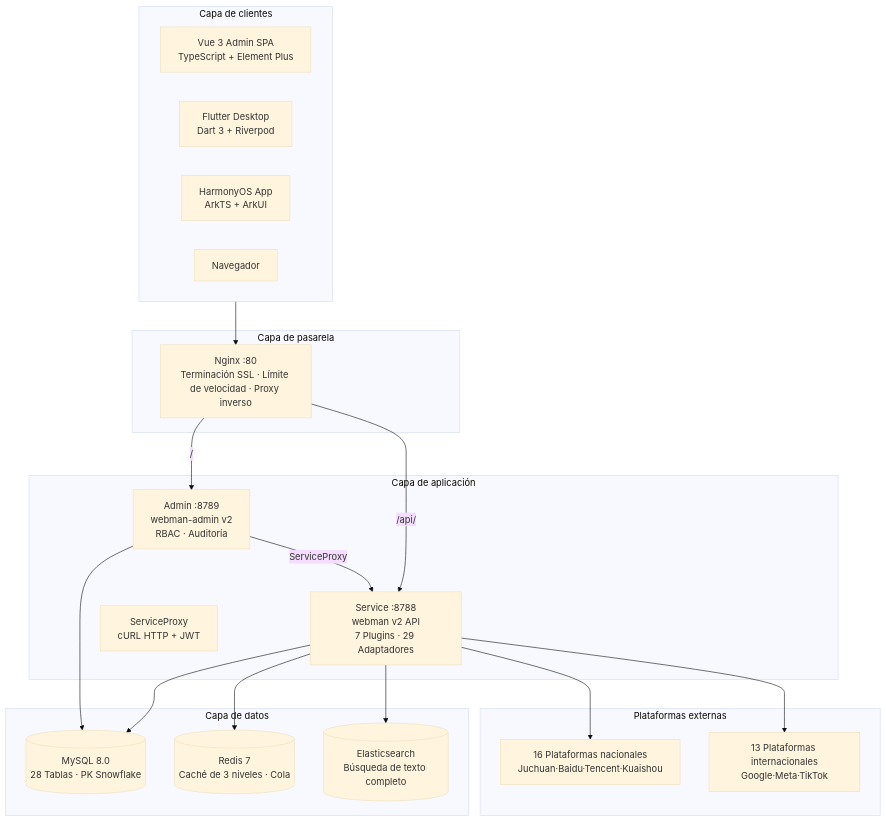
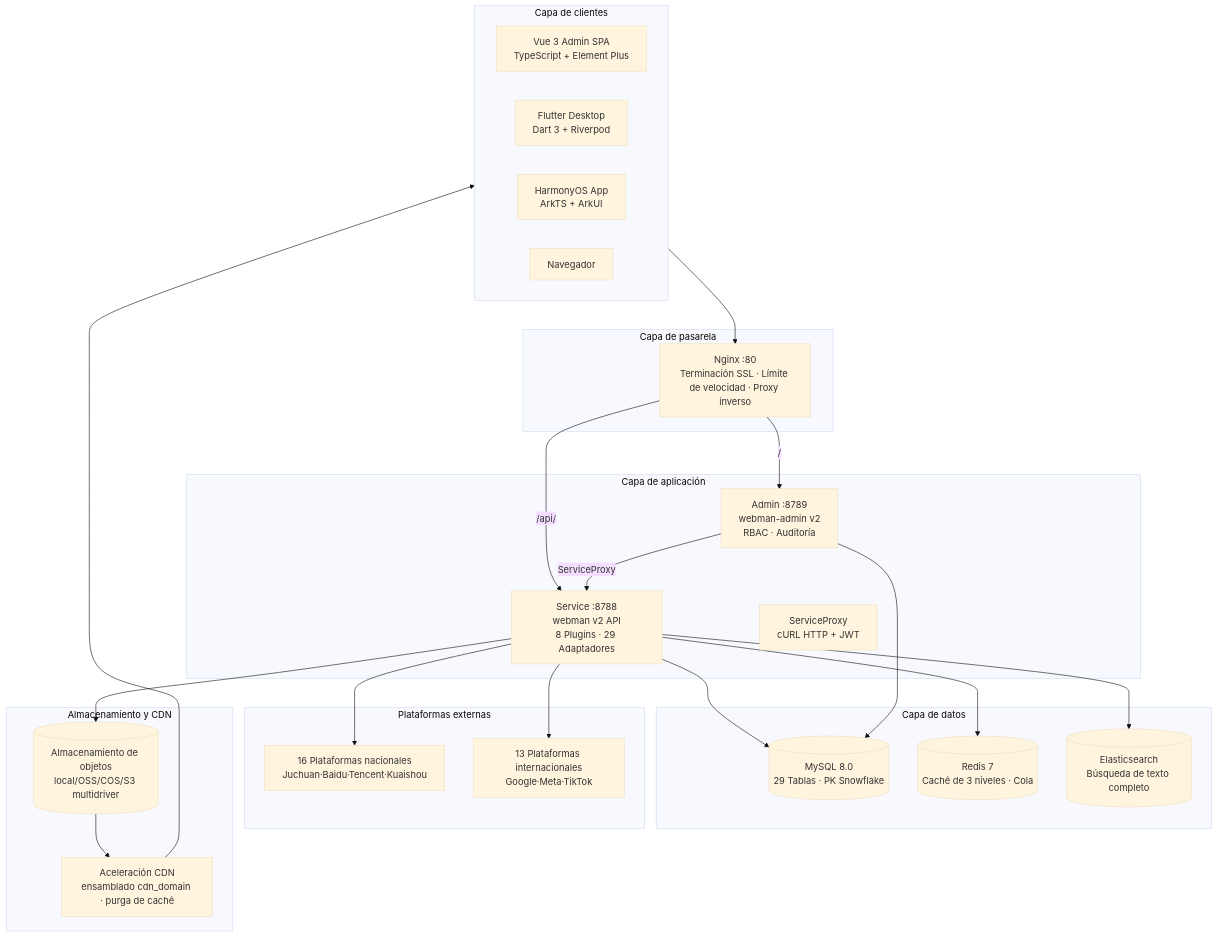
The diagram in docs/diagrams/svg/architecture.es.mmd (erikwang2013/ads-php), drawn with Mermaid (base theme) before and after one commit. The commit also changed 144 other files, not shown here.

First line of the commit message:
feat(storage): CDN 支持——存储抽象/多驱动/服务商管理/预签名直传/缓存刷新

```diff
--- a/docs/diagrams/svg/architecture.es.mmd
+++ b/docs/diagrams/svg/architecture.es.mmd
@@ -1,31 +1,38 @@
 graph TB
     subgraph Clients["Capa de clientes"]
         Vue["Vue 3 Admin SPA<br/>TypeScript + Element Plus"]
         Flutter["Flutter Desktop<br/>Dart 3 + Riverpod"]
         Harmony["HarmonyOS App<br/>ArkTS + ArkUI"]
         Browser["Navegador"]
     end
     subgraph Gateway["Capa de pasarela"]
         Nginx["Nginx :80<br/>Terminación SSL · Límite de velocidad · Proxy inverso"]
     end
     subgraph AppLayer["Capa de aplicación"]
         Admin["Admin :8789<br/>webman-admin v2<br/>RBAC · Auditoría"]
-        Service["Service :8788<br/>webman v2 API<br/>7 Plugins · 29 Adaptadores"]
+        Service["Service :8788<br/>webman v2 API<br/>8 Plugins · 29 Adaptadores"]
         ServiceProxy["ServiceProxy<br/>cURL HTTP + JWT"]
     end
     subgraph DataLayer["Capa de datos"]
-        MySQL[("MySQL 8.0<br/>28 Tablas · PK Snowflake")]
+        MySQL[("MySQL 8.0<br/>29 Tablas · PK Snowflake")]
         Redis[("Redis 7<br/>Caché de 3 niveles · Cola")]
         ES[("Elasticsearch<br/>Búsqueda de texto completo")]
     end
     subgraph External["Plataformas externas"]
         Domestic["16 Plataformas nacionales<br/>Juchuan·Baidu·Tencent·Kuaishou"]
         International["13 Plataformas internacionales<br/>Google·Meta·TikTok"]
     end
+    subgraph StorageCDN["Almacenamiento y CDN"]
+        OSS[("Almacenamiento de objetos<br/>local/OSS/COS/S3 multidriver")]
+        CDN["Aceleración CDN<br/>ensamblado cdn_domain · purga de caché"]
+    end
+    Service --> OSS
+    OSS --> CDN
+    CDN --> Clients
     Clients --> Nginx
     Nginx -->|"/"| Admin
     Nginx -->|"/api/"| Service
     Admin -->|ServiceProxy| Service
     Service --> MySQL & Redis & ES
     Service --> Domestic & International
     Admin --> MySQL
```
